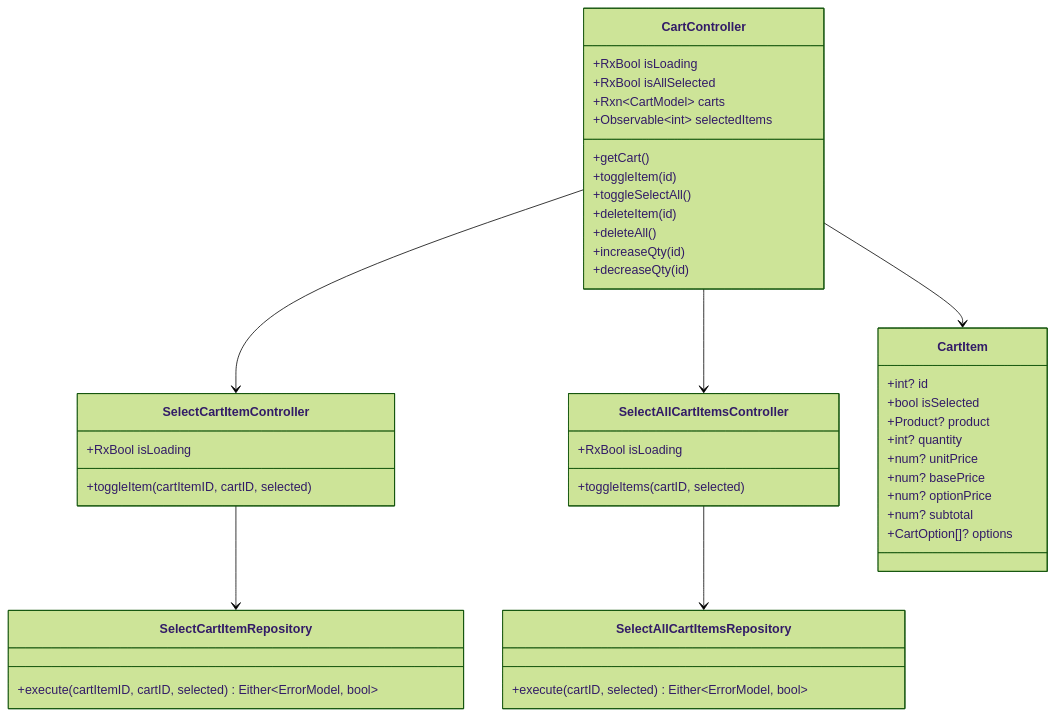
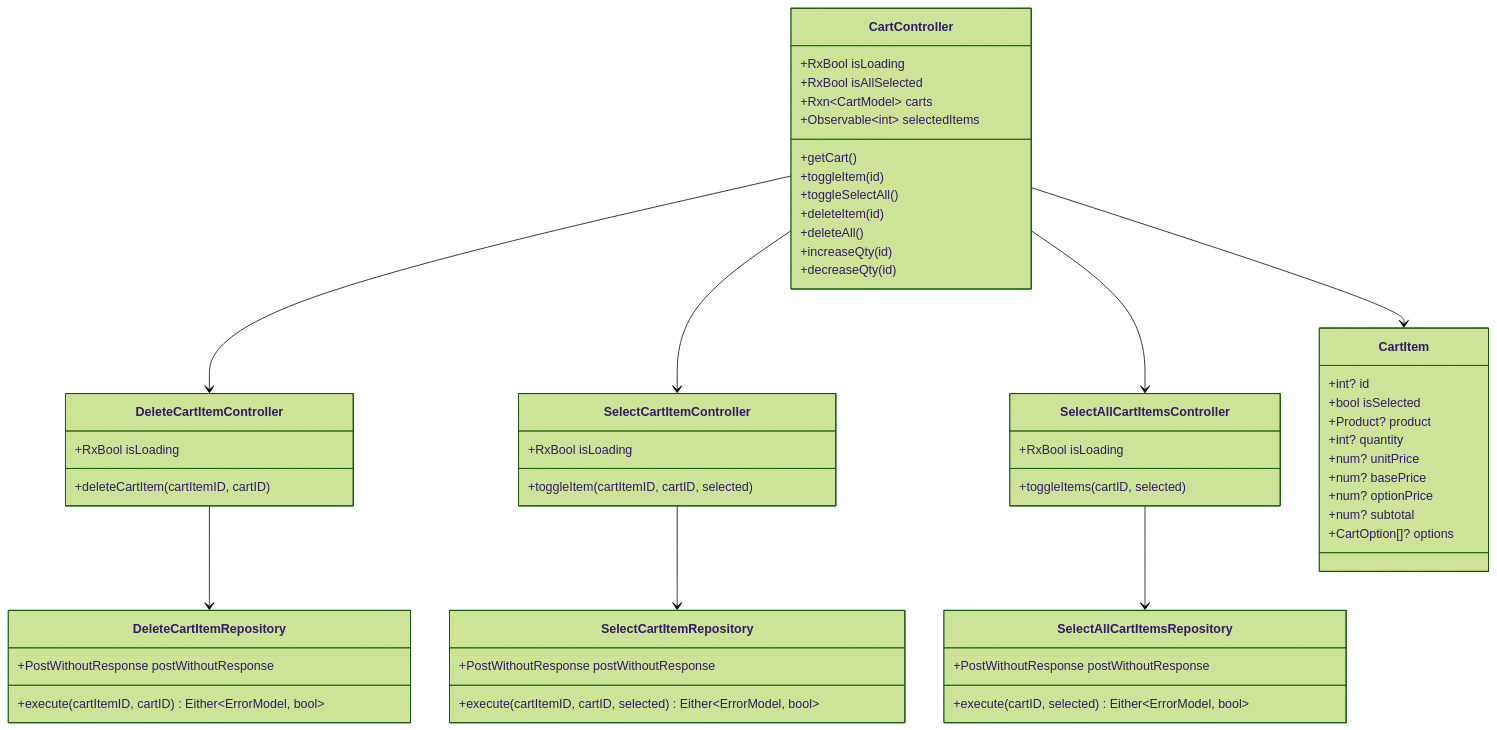
The fourth of 22 diagrams in .qoder/repowiki/en/content/Core Features/E-commerce Platform/Shopping Cart System.md (Ariful3111/FurniGo), drawn with Mermaid (forest theme) before and after one commit. The commit also changed other lines of this file and 7 other files, not shown here.

````diff
--- a/.qoder/repowiki/en/content/Core Features/E-commerce Platform/Shopping Cart System.md
+++ b/.qoder/repowiki/en/content/Core Features/E-commerce Platform/Shopping Cart System.md
@@ -247,46 +281,58 @@
 ```mermaid
 classDiagram
 class CartController {
 +RxBool isLoading
 +RxBool isAllSelected
 +Rxn~CartModel~ carts
 +Observable~int~ selectedItems
 +getCart()
 +toggleItem(id)
 +toggleSelectAll()
 +deleteItem(id)
 +deleteAll()
 +increaseQty(id)
 +decreaseQty(id)
+}
+class DeleteCartItemController {
++RxBool isLoading
++deleteCartItem(cartItemID, cartID)
 }
 class SelectCartItemController {
 +RxBool isLoading
 +toggleItem(cartItemID, cartID, selected)
 }
 class SelectAllCartItemsController {
 +RxBool isLoading
 +toggleItems(cartID, selected)
 }
 class CartItem {
 +int? id
 +bool isSelected
 +Product? product
 +int? quantity
 +num? unitPrice
 +num? basePrice
 +num? optionPrice
 +num? subtotal
 +CartOption[]? options
 }
+class DeleteCartItemRepository {
++PostWithoutResponse postWithoutResponse
++execute(cartItemID, cartID) Either~ErrorModel, bool~
+}
 class SelectCartItemRepository {
++PostWithoutResponse postWithoutResponse
 +execute(cartItemID, cartID, selected) Either~ErrorModel, bool~
 }
 class SelectAllCartItemsRepository {
++PostWithoutResponse postWithoutResponse
 +execute(cartID, selected) Either~ErrorModel, bool~
 }
+CartController --> DeleteCartItemController
 CartController --> SelectCartItemController
 CartController --> SelectAllCartItemsController
 CartController --> CartItem
+DeleteCartItemController --> DeleteCartItemRepository
 SelectCartItemController --> SelectCartItemRepository
 SelectAllCartItemsController --> SelectAllCartItemsRepository
 ```
````
